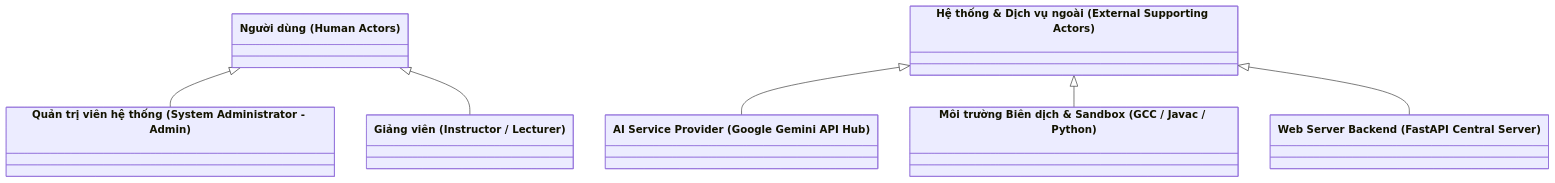
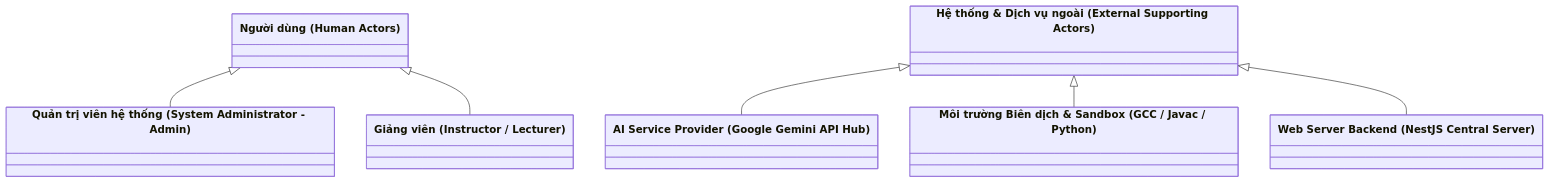
Before and after one commit to gray8493/iata_project: the first of 2 diagrams in docs/architecture/actors_and_use_cases.md, drawn with Mermaid. The commit also changed other lines of this file and 95 other files, not shown here.

Commit message:
feat(backend): implement web admin apis, unit tests, and remove courses

````diff
--- a/docs/architecture/actors_and_use_cases.md
+++ b/docs/architecture/actors_and_use_cases.md
@@ -55,19 +55,19 @@
 ```mermaid
 classDiagram
     class HumanActor["Người dùng (Human Actors)"]
     class ExternalSystemActor["Hệ thống & Dịch vụ ngoài (External Supporting Actors)"]
 
     class Instructor["Giảng viên (Instructor / Lecturer)"]
     class SystemAdmin["Quản trị viên hệ thống (System Administrator - Admin)"]
 
     class AIService["AI Service Provider (Google Gemini API Hub)"]
     class SandboxRunner["Môi trường Biên dịch & Sandbox (GCC / Javac / Python)"]
-    class WebBackend["Web Server Backend (FastAPI Central Server)"]
+    class WebBackend["Web Server Backend (NestJS Central Server)"]
 
     HumanActor <|-- SystemAdmin
     HumanActor <|-- Instructor
 
     ExternalSystemActor <|-- AIService
     ExternalSystemActor <|-- SandboxRunner
     ExternalSystemActor <|-- WebBackend
 ```
````
